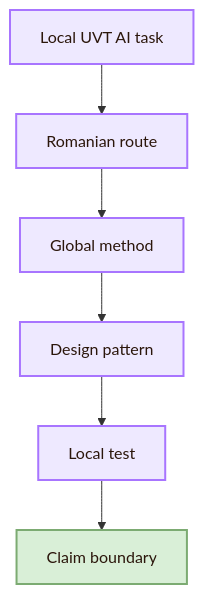
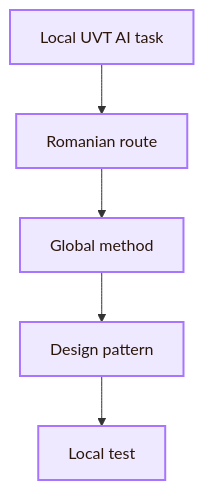
The eighth of 12 diagrams in 01_Core_Area_HCI/001_Subareas/05_Human_AI_Interaction/Local and Global.md (andreitegzes06-ui/CogniShire), drawn with Mermaid before and after one commit. The commit also changed other lines of this file and 131 other files, not shown here.

````diff
--- a/01_Core_Area_HCI/001_Subareas/05_Human_AI_Interaction/Local and Global.md
+++ b/01_Core_Area_HCI/001_Subareas/05_Human_AI_Interaction/Local and Global.md
@@ -379,14 +362,13 @@
 ```mermaid
 flowchart TB
     A[Local UVT AI task] --> B[Romanian route]
     B --> C[Global method]
     C --> D[Design pattern]
     D --> E[Local test]
-    E --> F[Claim boundary]
 
     classDef node fill:#eee9ff,stroke:#a875ff,color:#2b160b,stroke-width:2px;
     classDef final fill:#d9efd7,stroke:#7cab72,color:#2b160b,stroke-width:2px;
 
     class A,B,C,D,E node;
     class F final;
 ```
````
